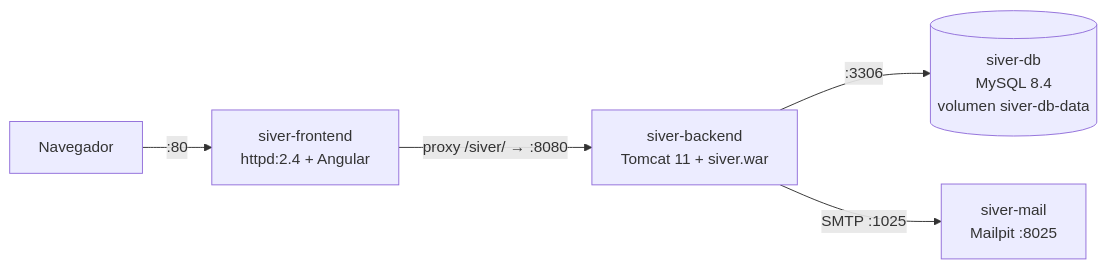
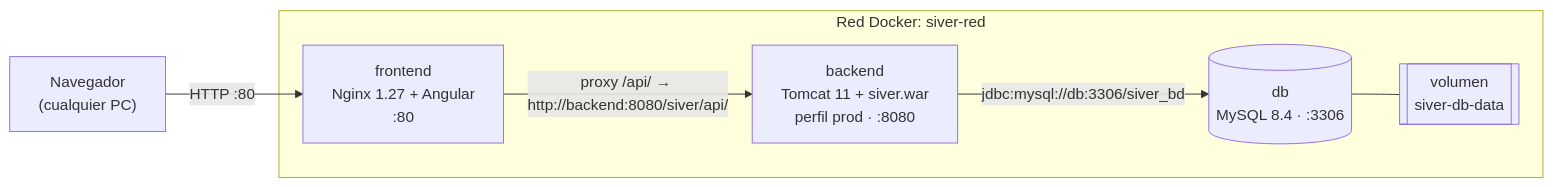
The second of 2 diagrams in despliegue/README.md (758025597/siver-backend), drawn with Mermaid before and after one commit. The commit also changed other lines of this file and 5 other files, not shown here.

Commit message:
feat(despliegue): perfil prod, healthchecks y compose db/backend/frontend

````diff
--- a/despliegue/README.md
+++ b/despliegue/README.md
@@ -140,7 +145,15 @@
 ```mermaid
 flowchart LR
-    NAV["Navegador"] -- ":80" --> FE["siver-frontend<br/>httpd:2.4 + Angular"]
-    FE -- "proxy /siver/ → :8080" --> BE["siver-backend<br/>Tomcat 11 + siver.war"]
-    BE -- ":3306" --> DB[("siver-db<br/>MySQL 8.4<br/>volumen siver-db-data")]
-    BE -- "SMTP :1025" --> MAIL["siver-mail<br/>Mailpit :8025"]
+    NAV["Navegador<br/>(cualquier PC)"] -- "HTTP :80" --> FE
+
+    subgraph RED["Red Docker: siver-red"]
+        FE["frontend<br/>Nginx 1.27 + Angular<br/>:80"]
+        BE["backend<br/>Tomcat 11 + siver.war<br/>perfil prod · :8080"]
+        DB[("db<br/>MySQL 8.4 · :3306")]
+        VOL[["volumen<br/>siver-db-data"]]
+    end
+
+    FE -- "proxy /api/ → http://backend:8080/siver/api/" --> BE
+    BE -- "jdbc:mysql://db:3306/siver_bd" --> DB
+    DB --- VOL
 ```
````
